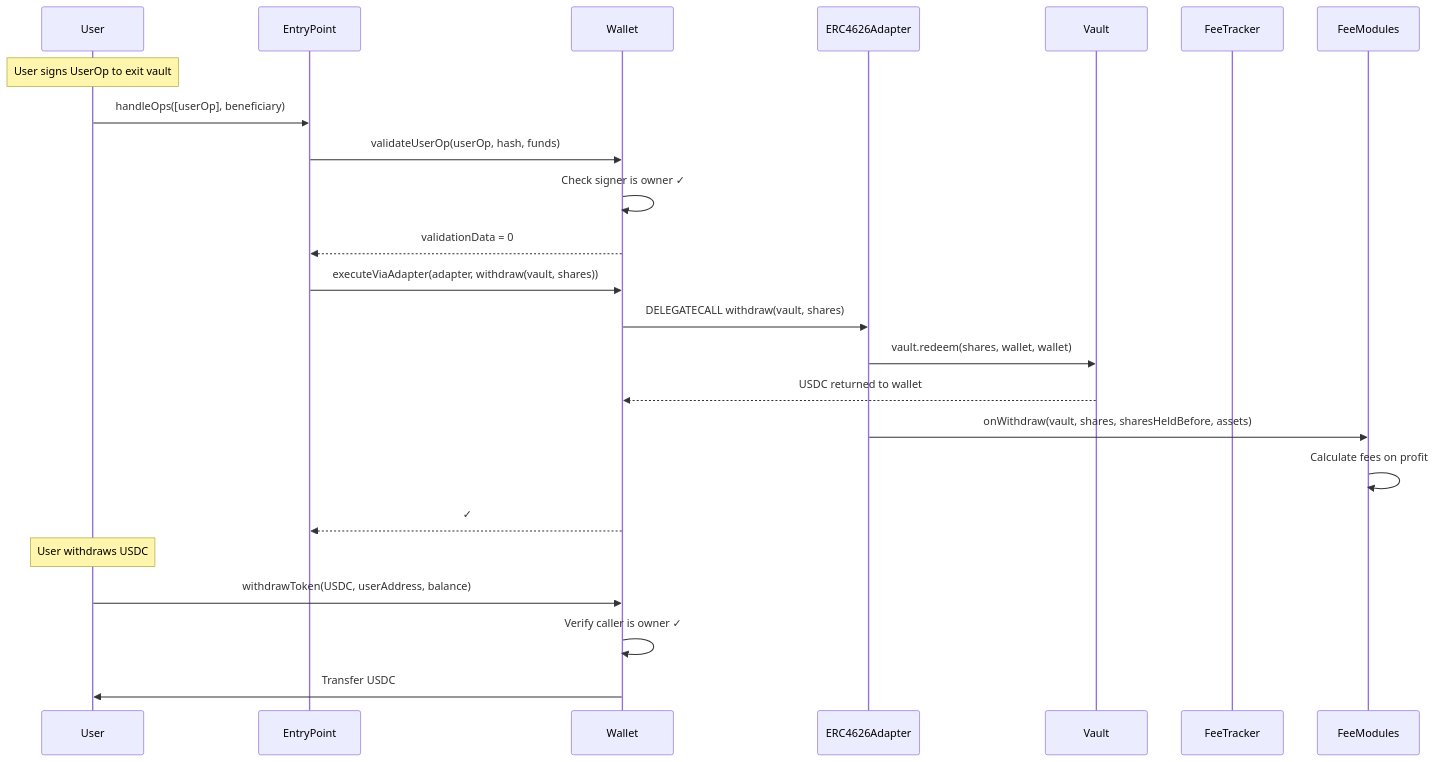
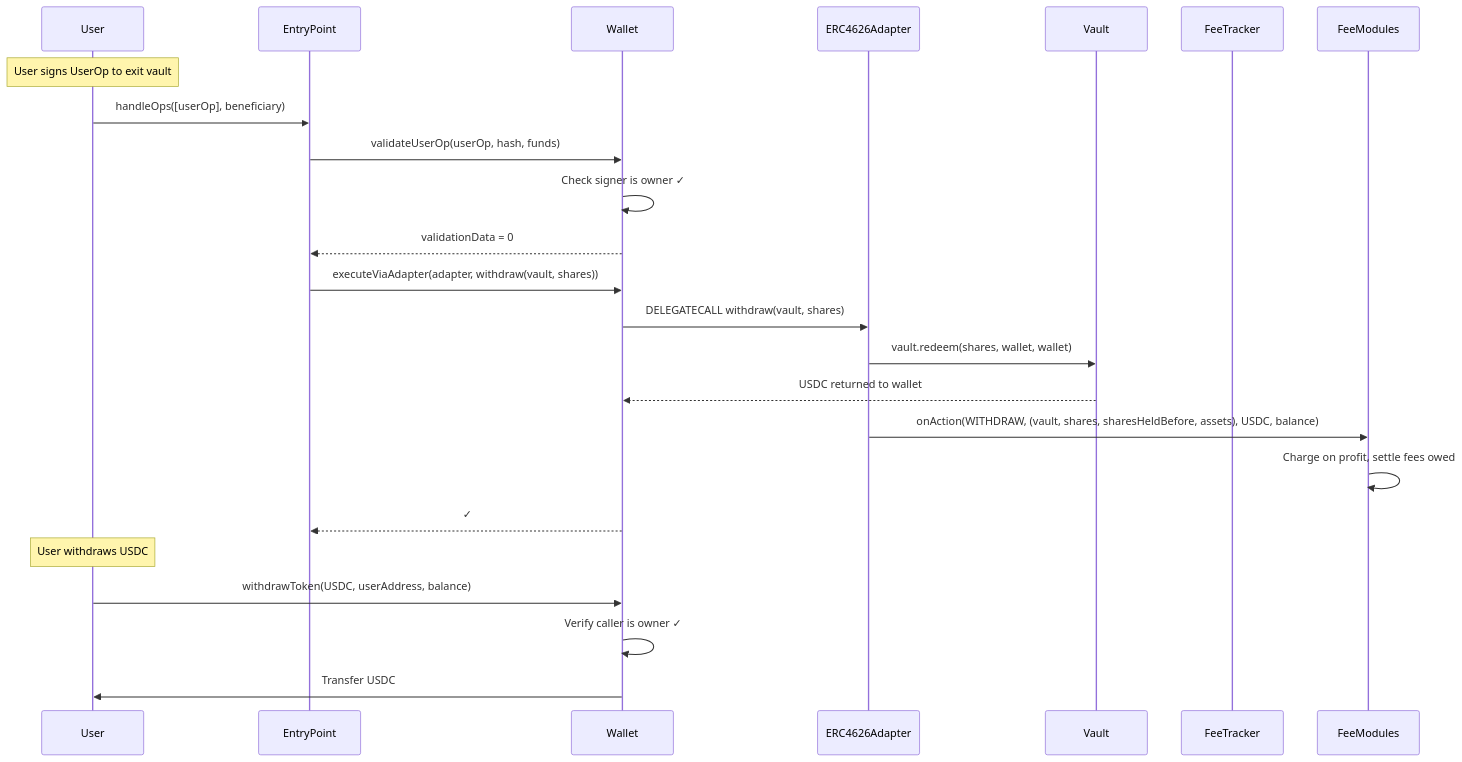
One commit to tokenpage/yieldseeker-contracts changed the fourth of 6 diagrams in README.md. Above: the diagram before and after it, drawn with Mermaid. The commit also changed other lines of this file and 43 other files, not shown here.

Commit message:
Fees: one onAction entry point per module with FeeActions; modules settle, adapter pays in one transfer

````diff
--- a/README.md
+++ b/README.md
@@ -670,27 +670,27 @@
 ```mermaid
 sequenceDiagram
     participant User
     participant EP as EntryPoint
     participant Wallet
     participant Adapter as ERC4626Adapter
     participant Vault
     participant FeeTracker
 
     Note over User: User signs UserOp to exit vault
     User->>EP: handleOps([userOp], beneficiary)
     EP->>Wallet: validateUserOp(userOp, hash, funds)
     Wallet->>Wallet: Check signer is owner ✓
     Wallet-->>EP: validationData = 0
     EP->>Wallet: executeViaAdapter(adapter, withdraw(vault, shares))
     Wallet->>Adapter: DELEGATECALL withdraw(vault, shares)
     Adapter->>Vault: vault.redeem(shares, wallet, wallet)
     Vault-->>Wallet: USDC returned to wallet
-    Adapter->>FeeModules: onWithdraw(vault, shares, sharesHeldBefore, assets)
-    FeeModules->>FeeModules: Calculate fees on profit
+    Adapter->>FeeModules: onAction(WITHDRAW, (vault, shares, sharesHeldBefore, assets), USDC, balance)
+    FeeModules->>FeeModules: Charge on profit, settle fees owed
     Wallet-->>EP: ✓
 
     Note over User: User withdraws USDC
     User->>Wallet: withdrawToken(USDC, userAddress, balance)
     Wallet->>Wallet: Verify caller is owner ✓
     Wallet->>User: Transfer USDC
 ```
````
